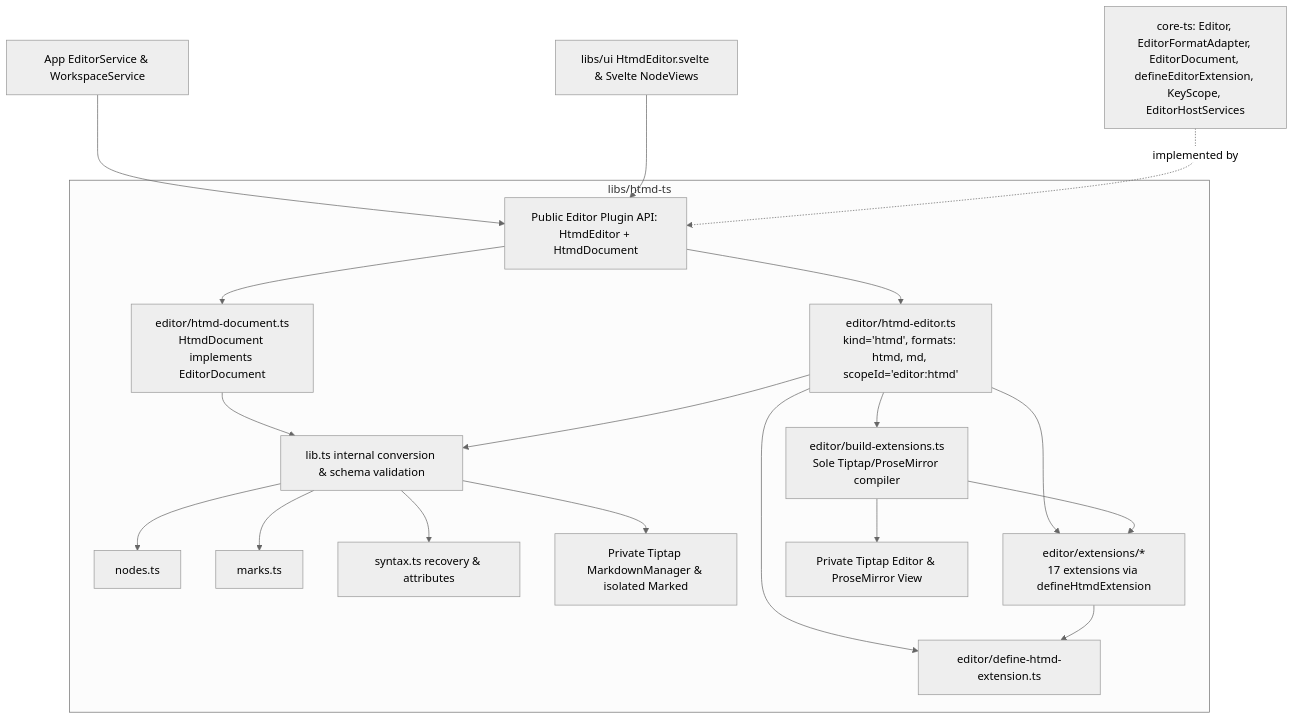
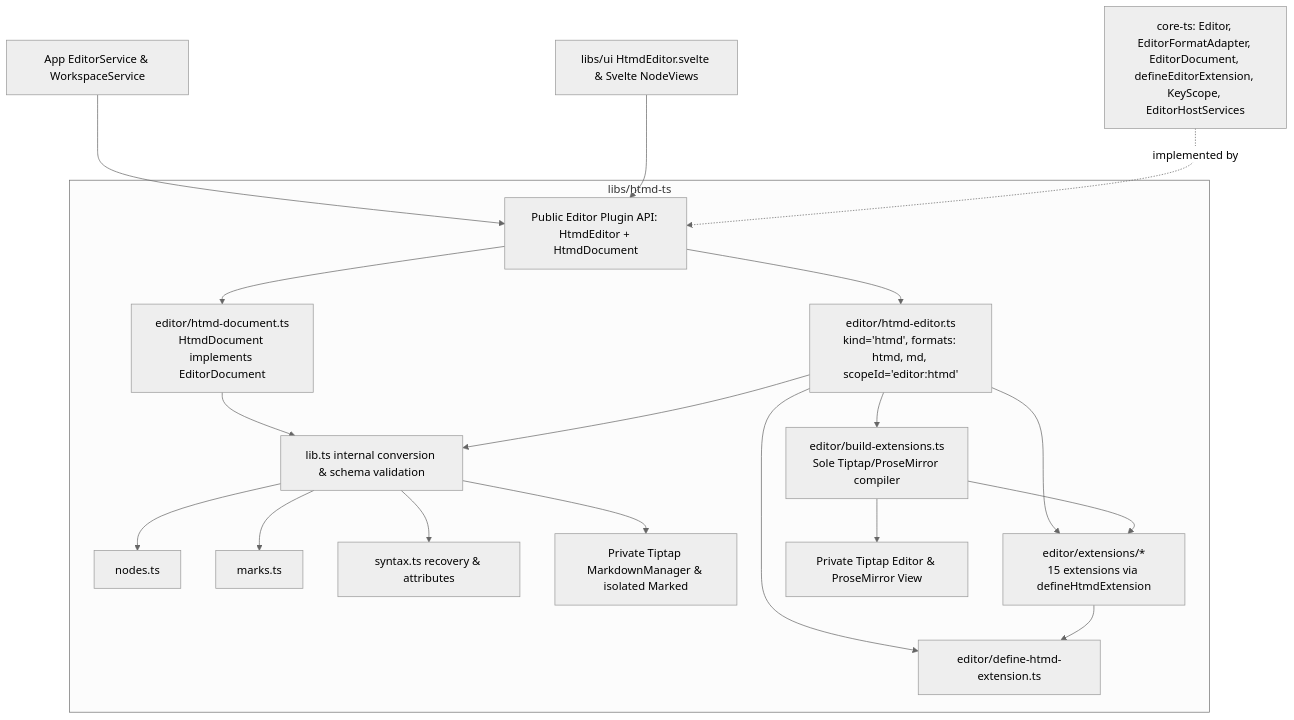
Before and after one commit to hypertextual/hypertextual: the first of 2 diagrams in docs/architecture/htmd-ts.md, drawn with Mermaid (neutral theme). The commit also changed other lines of this file and 20 other files, not shown here.

Commit message:
refactor(editor): consolidate extension keybindings, use built-in heading rules, and document compiler

````diff
--- a/docs/architecture/htmd-ts.md
+++ b/docs/architecture/htmd-ts.md
@@ -31,24 +31,24 @@
 ```mermaid
 flowchart TD
     App["App EditorService & WorkspaceService"] --> EditorAPI["Public Editor Plugin API: HtmdEditor + HtmdDocument"]
     UI["libs/ui HtmdEditor.svelte & Svelte NodeViews"] --> EditorAPI
     CoreTS["core-ts: Editor, EditorFormatAdapter, EditorDocument, defineEditorExtension, KeyScope, EditorHostServices"] -.->|"implemented by"| EditorAPI
 
     subgraph HTMD["libs/htmd-ts"]
         EditorAPI --> HE["editor/htmd-editor.ts<br/>kind='htmd', formats: htmd, md, scopeId='editor:htmd'"]
         EditorAPI --> HD["editor/htmd-document.ts<br/>HtmdDocument implements EditorDocument"]
         HD --> Core["lib.ts internal conversion & schema validation"]
         HE --> Core
         Core --> Nodes["nodes.ts"]
         Core --> Marks["marks.ts"]
         Core --> Syntax["syntax.ts recovery & attributes"]
         Core --> MdEngine["Private Tiptap MarkdownManager & isolated Marked"]
 
         HE --> DEF["editor/define-htmd-extension.ts"]
-        HE --> EXT["editor/extensions/*<br/>17 extensions via defineHtmdExtension"]
+        HE --> EXT["editor/extensions/*<br/>15 extensions via defineHtmdExtension"]
         HE --> BE["editor/build-extensions.ts<br/>Sole Tiptap/ProseMirror compiler"]
         EXT --> DEF
         BE --> EXT
         BE --> PmEngine["Private Tiptap Editor & ProseMirror View"]
     end
 ```
````
